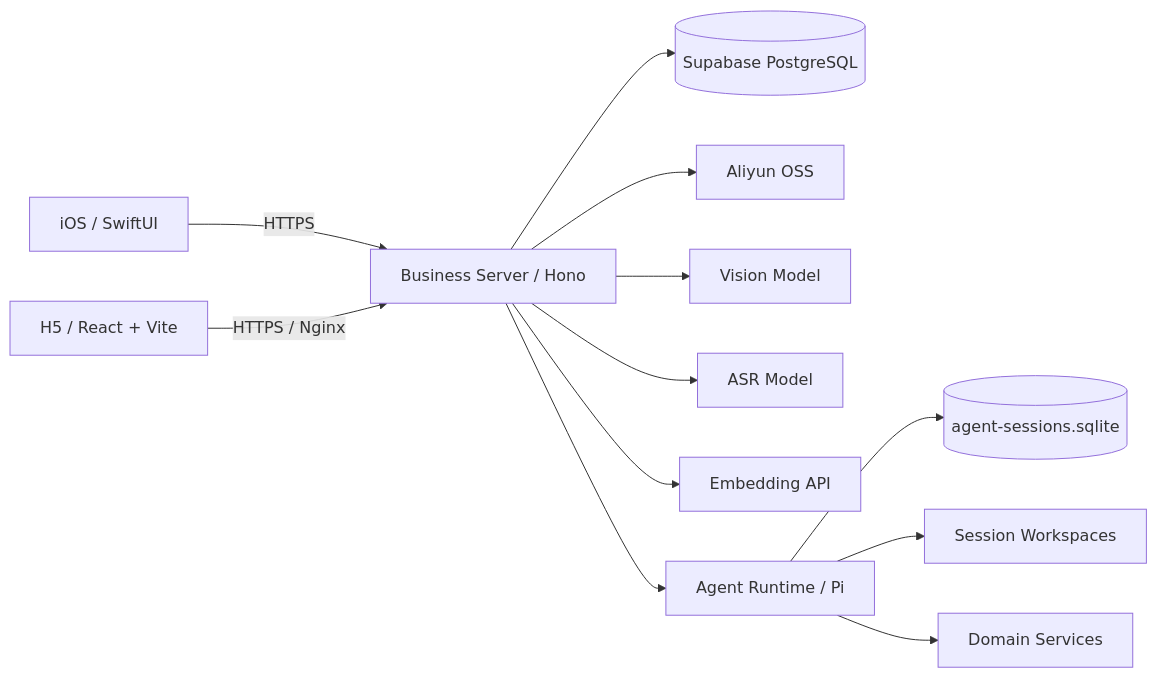
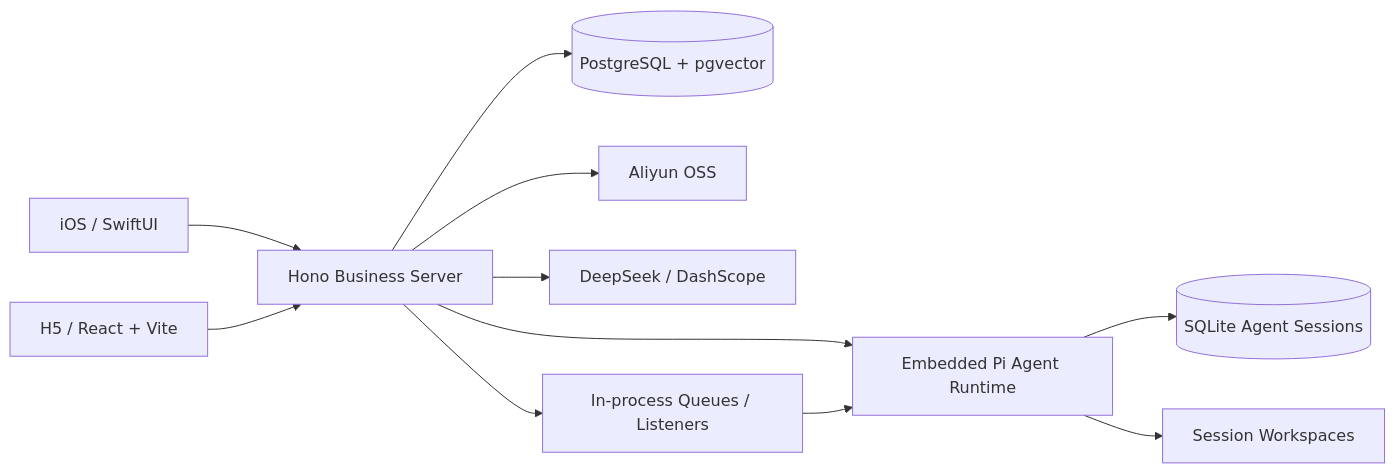
One commit to huiru-wang/fanto changed the diagram in docs/architecture/overview.md. Above: the diagram before and after it, drawn with Mermaid. The commit also changed other lines of this file and 21 other files, not shown here.

````diff
--- a/docs/architecture/overview.md
+++ b/docs/architecture/overview.md
@@ -5,15 +5,13 @@
 ```mermaid
 flowchart LR
-  IOS[iOS / SwiftUI] -->|HTTPS| S[Business Server / Hono]
-  H5[H5 / React + Vite] -->|HTTPS / Nginx| S
-  S --> DB[(Supabase PostgreSQL)]
-  S --> OSS[Aliyun OSS]
-  S --> VL[Vision Model]
-  S --> ASR[ASR Model]
-  S --> EMB[Embedding API]
-
-  S --> AR[Agent Runtime / Pi]
-  AR --> ADB[(agent-sessions.sqlite)]
-  AR --> WS[Session Workspaces]
-  AR --> DS[Domain Services]
+  IOS[iOS / SwiftUI] --> API[Hono Business Server]
+  H5[H5 / React + Vite] --> API
+  API --> PG[(PostgreSQL + pgvector)]
+  API --> OSS[Aliyun OSS]
+  API --> AI[DeepSeek / DashScope]
+  API --> AGENT[Embedded Pi Agent Runtime]
+  AGENT --> SQ[(SQLite Agent Sessions)]
+  AGENT --> WS[Session Workspaces]
+  API --> Q[In-process Queues / Listeners]
+  Q --> AGENT
 ```
````
